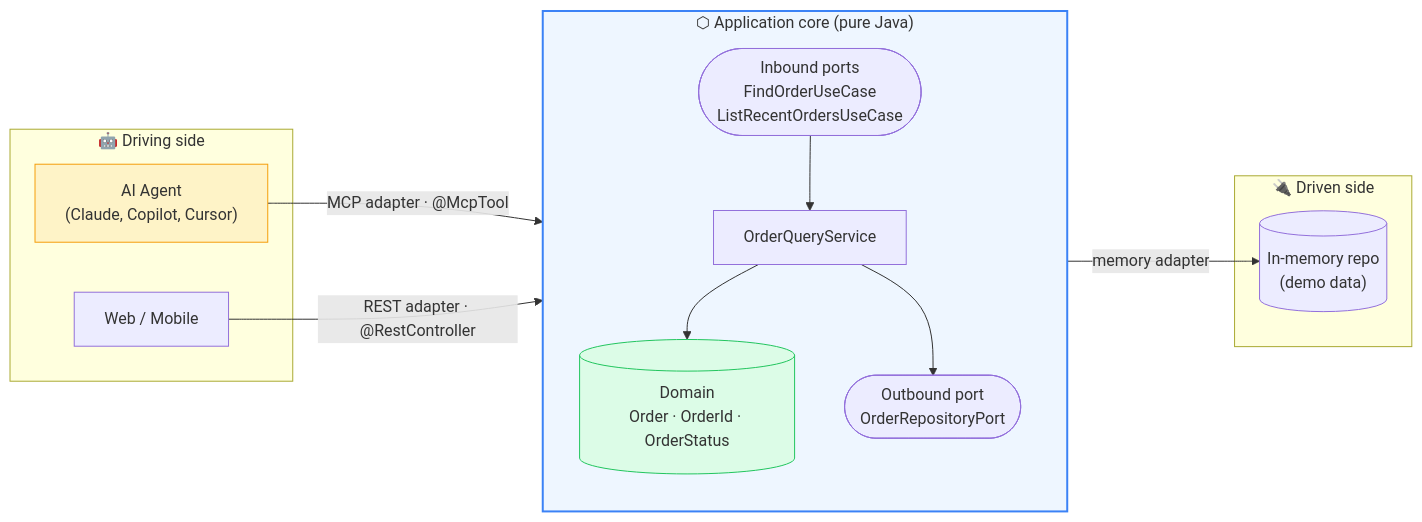
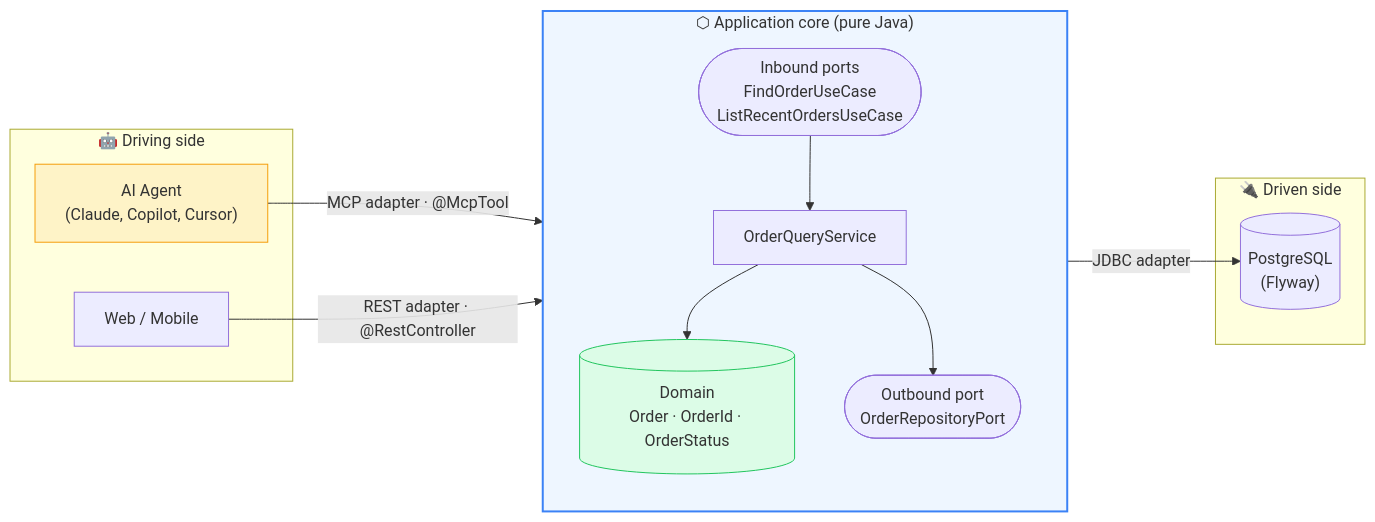
Before and after one commit to cbuelvasc/orders-mcp: the first of 3 diagrams in README.md, drawn with Mermaid. The commit also changed other lines of this file and 38 other files, not shown here.

Commit message:
feat: OAuth 2.1 scopes per tool, PostgreSQL adapter and observability (parts 2-4)

````diff
--- a/README.md
+++ b/README.md
@@ -25,29 +27,29 @@
 ```mermaid
 flowchart LR
     subgraph Driving["🤖 Driving side"]
         AI["AI Agent<br/>(Claude, Copilot, Cursor)"]
         WEB["Web / Mobile"]
     end
 
     subgraph Hexagon["⬡ Application core (pure Java)"]
         direction TB
         IN(["Inbound ports<br/>FindOrderUseCase<br/>ListRecentOrdersUseCase"])
         SVC["OrderQueryService"]
         DOM[("Domain<br/>Order · OrderId · OrderStatus")]
         OUT(["Outbound port<br/>OrderRepositoryPort"])
         IN --> SVC --> DOM
         SVC --> OUT
     end
 
     subgraph Driven["🔌 Driven side"]
-        MEM[("In-memory repo<br/>(demo data)")]
+        MEM[("PostgreSQL<br/>(Flyway)")]
     end
 
     AI -- "MCP adapter · @McpTool" --> IN
     WEB -- "REST adapter · @RestController" --> IN
-    OUT -- "memory adapter" --> MEM
+    OUT -- "JDBC adapter" --> MEM
 
     style Hexagon fill:#eef6ff,stroke:#3b82f6,stroke-width:2px
     style AI fill:#fef3c7,stroke:#f59e0b
     style DOM fill:#dcfce7,stroke:#22c55e
 ```
````
